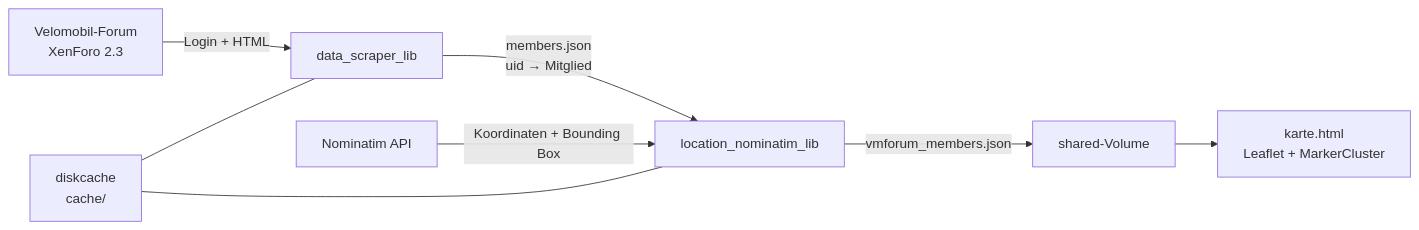
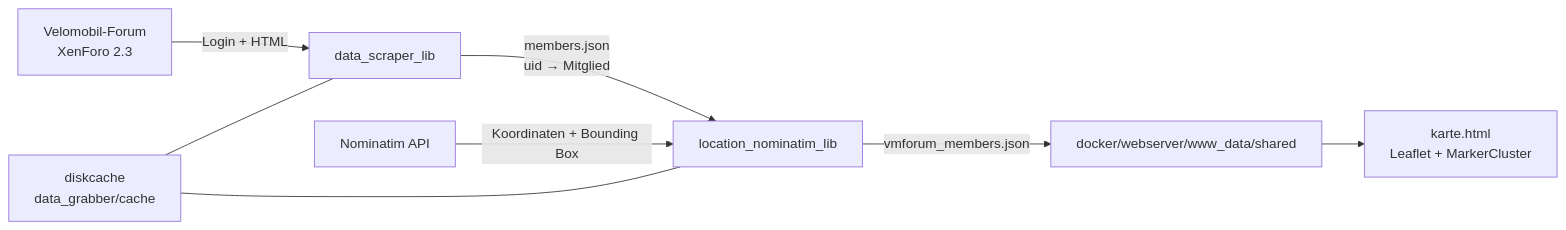
Before and after one commit to juefried/vmkarte: the diagram in DOKUMENTATION.md, drawn with Mermaid. The commit also changed other lines of this file and 11 other files, not shown here.

````diff
--- a/DOKUMENTATION.md
+++ b/DOKUMENTATION.md
@@ -93,10 +93,10 @@
 ```mermaid
 flowchart LR
     A[Velomobil-Forum<br/>XenForo 2.3] -->|Login + HTML| B[data_scraper_lib]
     B -->|members.json<br/>uid → Mitglied| C[location_nominatim_lib]
     D[Nominatim API] -->|Koordinaten + Bounding Box| C
-    C -->|vmforum_members.json| E[shared-Volume]
+    C -->|vmforum_members.json| E[docker/webserver/www_data/shared]
     E --> F[karte.html<br/>Leaflet + MarkerCluster]
-    G[diskcache<br/>cache/] --- B
+    G[diskcache<br/>data_grabber/cache] --- B
     G --- C
 ```
````
